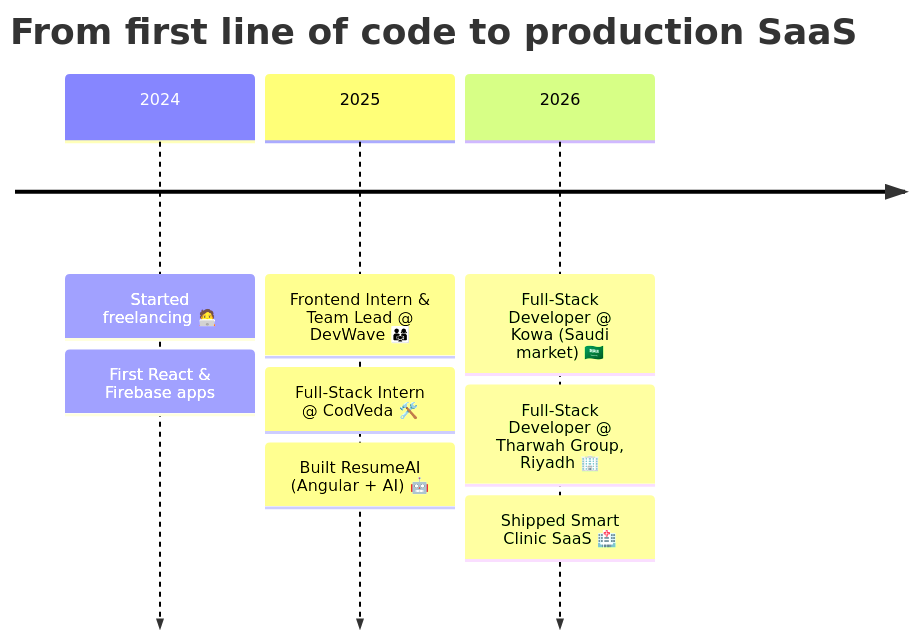
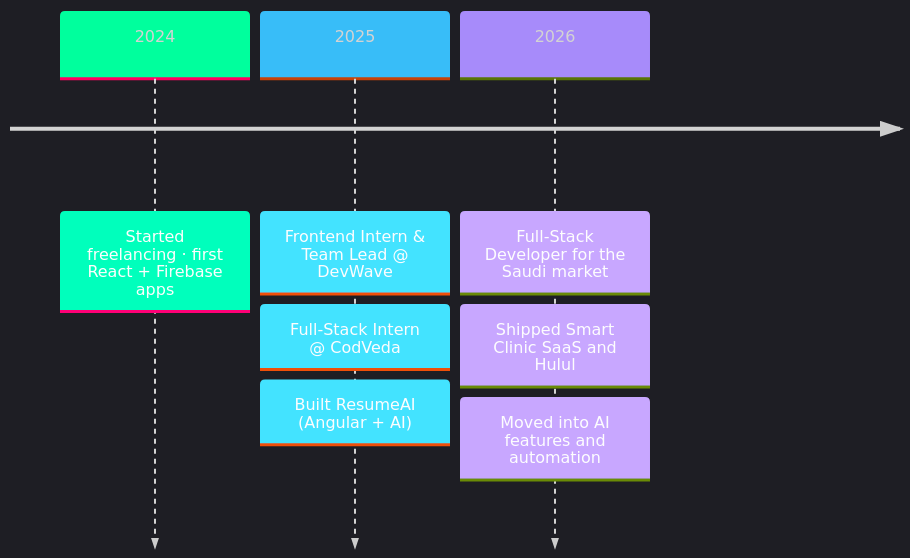
One commit to Medo6143/Medo6143 changed the diagram in README.md. Above: the diagram before and after it, drawn with Mermaid. The commit also changed other lines of this file and 3 other files, not shown here.

````diff
--- a/README.md
+++ b/README.md
@@ -60,12 +126,11 @@
 ```mermaid
+%%{init: {'theme':'dark','themeVariables':{'primaryColor':'#0b1020','primaryTextColor':'#e2e8f0','lineColor':'#38bdf8','cScale0':'#00ff9d','cScale1':'#38bdf8','cScale2':'#a78bfa'}}}%%
 timeline
-    title From first line of code to production SaaS
-    2024 : Started freelancing 🧑‍💻
-         : First React & Firebase apps
-    2025 : Frontend Intern & Team Lead @ DevWave 👨‍👩‍👧
-         : Full-Stack Intern @ CodVeda 🛠️
-         : Built ResumeAI (Angular + AI) 🤖
-    2026 : Full-Stack Developer @ Kowa (Saudi market) 🇸🇦
-         : Full-Stack Developer @ Tharwah Group, Riyadh 🏢
-         : Shipped Smart Clinic SaaS 🏥
+    2024 : Started freelancing · first React + Firebase apps
+    2025 : Frontend Intern & Team Lead @ DevWave
+         : Full-Stack Intern @ CodVeda
+         : Built ResumeAI (Angular + AI)
+    2026 : Full-Stack Developer for the Saudi market
+         : Shipped Smart Clinic SaaS and Hulul
+         : Moved into AI features and automation
 ```
````
